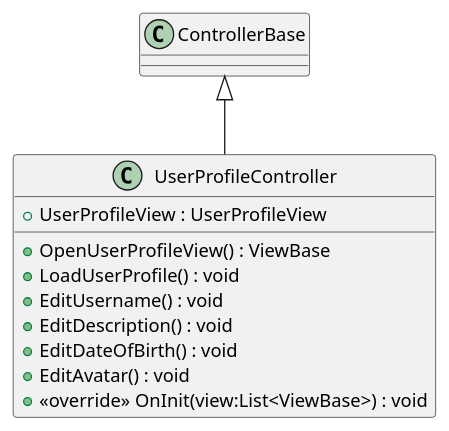
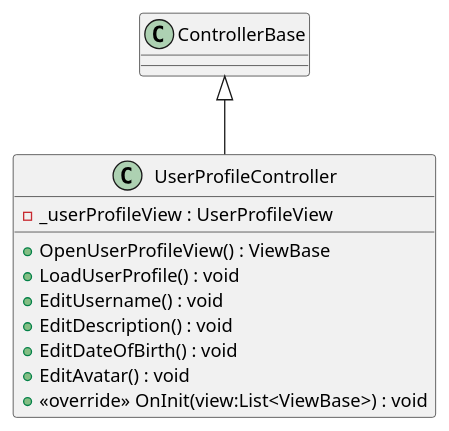
One commit to cutehusky/VirtualChat3D changed the diagram in src/Assets/Scripts/Core/UserAccountModule/puml/Controller/UserProfileController.puml. Above: the diagram before and after it, drawn with PlantUML. The commit also changed 101 other files, not shown here.

First line of the commit message:
update framework and create uml for OnlineRuntimeModule

```diff
--- a/src/Assets/Scripts/Core/UserAccountModule/puml/Controller/UserProfileController.puml
+++ b/src/Assets/Scripts/Core/UserAccountModule/puml/Controller/UserProfileController.puml
@@ -1,13 +1,13 @@
 @startuml
 class UserProfileController {
-    + UserProfileView : UserProfileView
+    - _userProfileView : UserProfileView
     + OpenUserProfileView() : ViewBase
     + LoadUserProfile() : void
     + EditUsername() : void
     + EditDescription() : void
     + EditDateOfBirth() : void
     + EditAvatar() : void
     + <<override>> OnInit(view:List<ViewBase>) : void
 }
 ControllerBase <|-- UserProfileController
 @enduml
```
